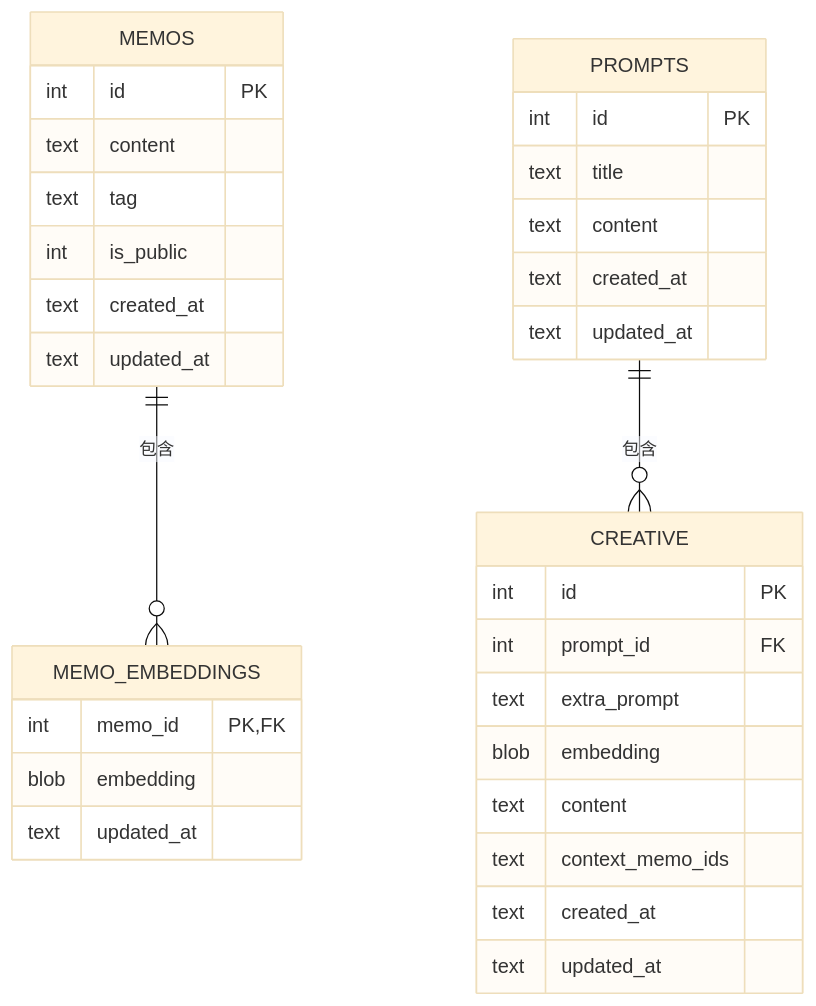
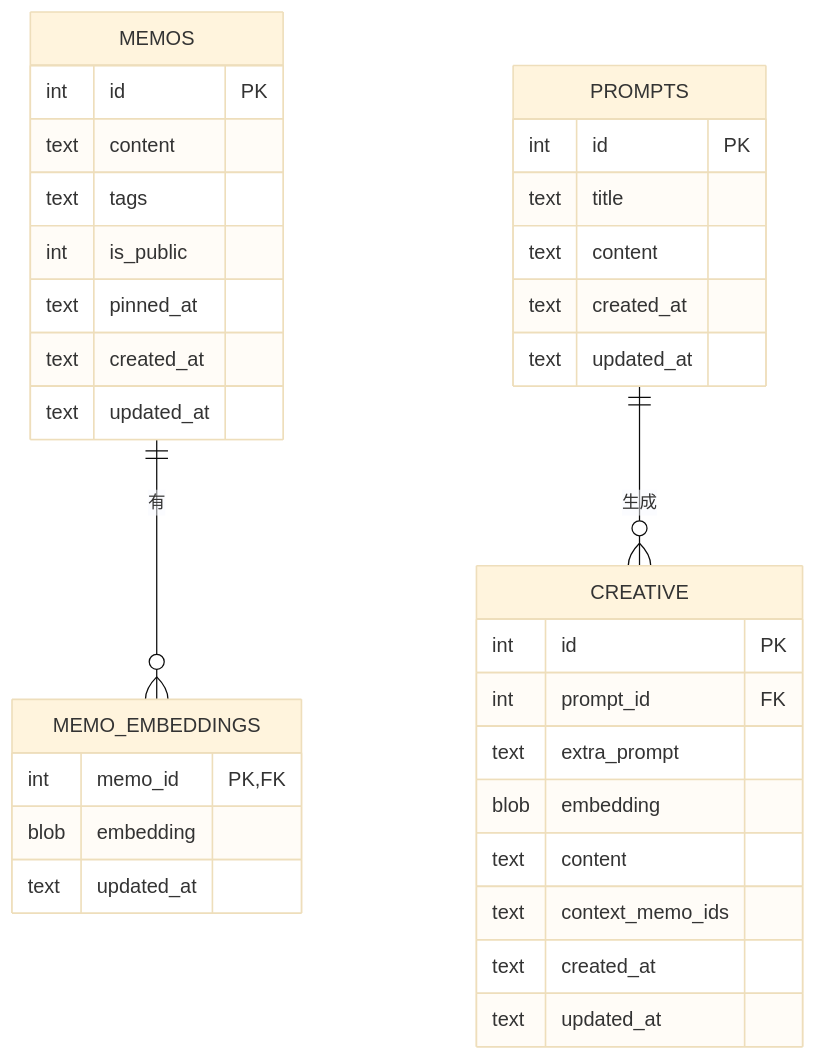
Before and after one commit to BlackBoxRecorder/memos: the fourth of 9 diagrams in .qoder/repowiki/zh/content/架构设计/架构设计.md, drawn with Mermaid (base theme). The commit also changed other lines of this file and 83 other files, not shown here.

````diff
--- a/.qoder/repowiki/zh/content/架构设计/架构设计.md
+++ b/.qoder/repowiki/zh/content/架构设计/架构设计.md
@@ -200,35 +201,36 @@
 ```mermaid
 erDiagram
 MEMOS {
 int id PK
 text content
-text tag
+text tags
 int is_public
+text pinned_at
 text created_at
 text updated_at
 }
 MEMO_EMBEDDINGS {
 int memo_id PK,FK
 blob embedding
 text updated_at
 }
 PROMPTS {
 int id PK
 text title
 text content
 text created_at
 text updated_at
 }
 CREATIVE {
 int id PK
 int prompt_id FK
 text extra_prompt
 blob embedding
 text content
 text context_memo_ids
 text created_at
 text updated_at
 }
-MEMOS ||--o{ MEMO_EMBEDDINGS : "包含"
-PROMPTS ||--o{ CREATIVE : "包含"
+MEMOS ||--o{ MEMO_EMBEDDINGS : "有"
+PROMPTS ||--o{ CREATIVE : "生成"
 ```
````
